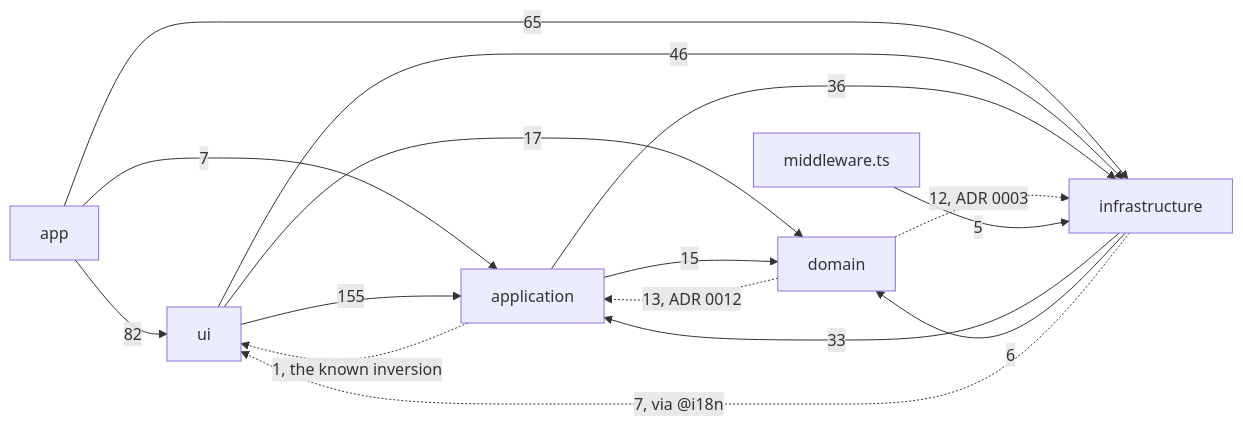
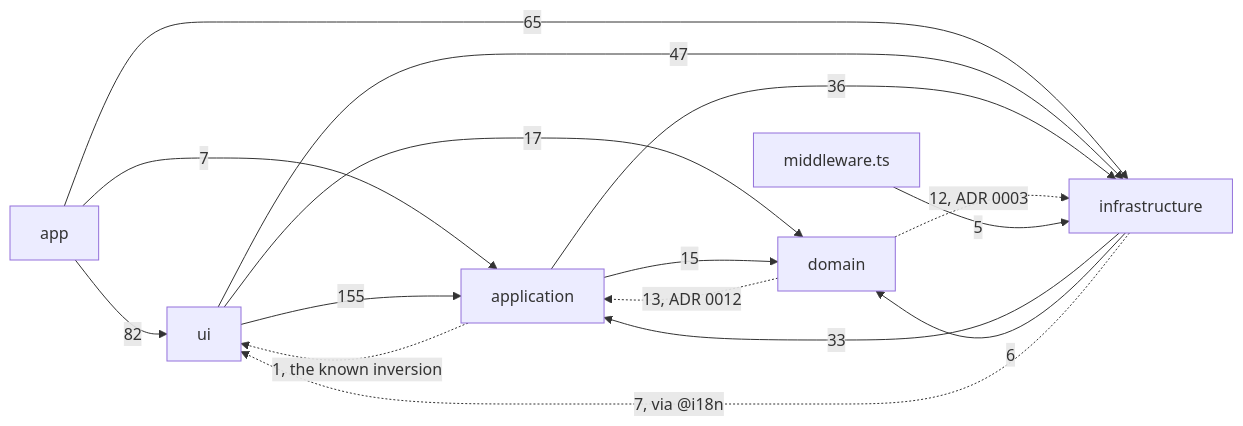
The diagram in apps/docs/src/content/docs/architecture/overview.mdx (fbuireu/forever-pto), drawn with Mermaid before and after one commit. The commit also changed other lines of this file and 10 other files, not shown here.

````diff
--- a/apps/docs/src/content/docs/architecture/overview.mdx
+++ b/apps/docs/src/content/docs/architecture/overview.mdx
@@ -47,24 +47,24 @@
 ```mermaid
 flowchart LR
   APP[app]
   UI[ui]
   APPL[application]
   DOM[domain]
   INFRA[infrastructure]
   MW[middleware.ts]
   APP -->|82| UI
   APP -->|7| APPL
   APP -->|65| INFRA
   UI -->|155| APPL
   UI -->|17| DOM
-  UI -->|46| INFRA
+  UI -->|47| INFRA
   APPL -->|15| DOM
   APPL -->|36| INFRA
   APPL -.->|1, the known inversion| UI
   DOM -.->|13, ADR 0012| APPL
   DOM -.->|12, ADR 0003| INFRA
   INFRA -->|33| APPL
   INFRA -->|6| DOM
   INFRA -.->|7, via @i18n| UI
   MW -->|5| INFRA
 ```
````
